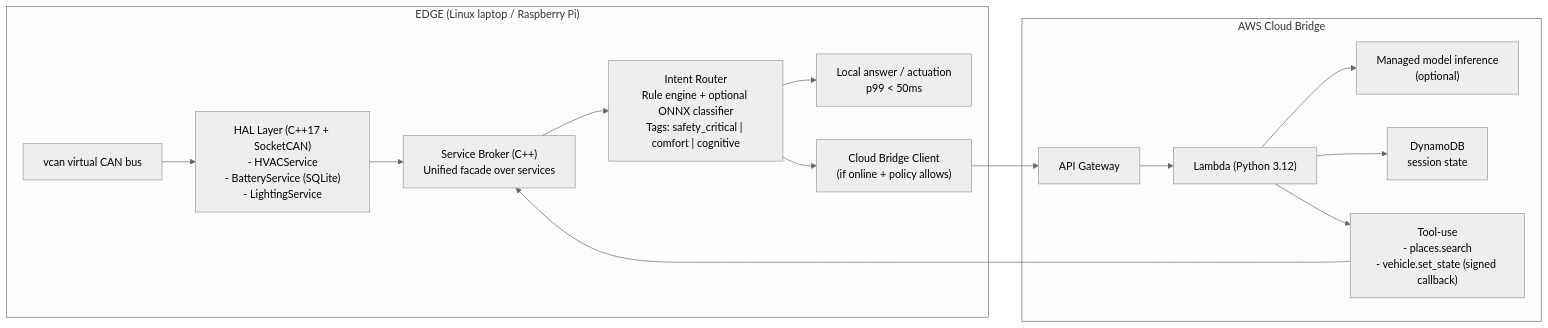
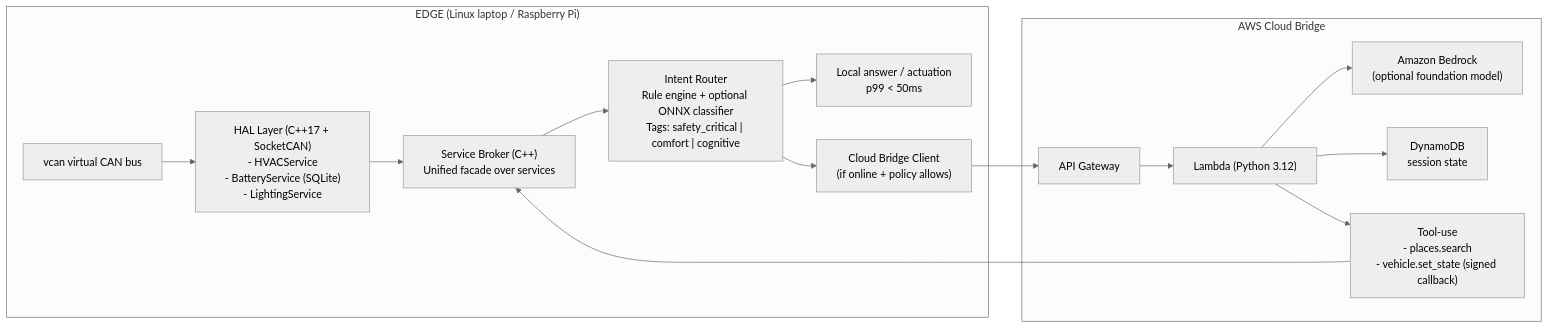
The diagram in README.md (SumedhaUmesh/CabinOS), drawn with Mermaid (neutral theme) before and after one commit. The commit also changed other lines of this file and 2 other files, not shown here.

First line of the commit message:
docs(cloud): document Amazon Bedrock integration

````diff
--- a/README.md
+++ b/README.md
@@ -25,28 +25,28 @@
 ```mermaid
 flowchart LR
   subgraph EDGE["EDGE (Linux laptop / Raspberry Pi)"]
     VCAN["vcan virtual CAN bus"]
     HAL["HAL Layer (C++17 + SocketCAN)\n- HVACService\n- BatteryService (SQLite)\n- LightingService"]
     BROKER["Service Broker (C++)\nUnified facade over services"]
     ROUTER["Intent Router\nRule engine + optional ONNX classifier\nTags: safety_critical | comfort | cognitive"]
 
     VCAN --> HAL --> BROKER --> ROUTER
     ROUTER --> LOCAL["Local answer / actuation\np99 < 50ms"]
     ROUTER --> BRIDGE["Cloud Bridge Client\n(if online + policy allows)"]
   end
 
   subgraph CLOUD["AWS Cloud Bridge"]
     APIGW["API Gateway"]
     LAMBDA["Lambda (Python 3.12)"]
-    MODEL["Managed model inference\n(optional)"]
+    MODEL["Amazon Bedrock\n(optional foundation model)"]
     DDB["DynamoDB\nsession state"]
     TOOLS["Tool-use\n- places.search\n- vehicle.set_state (signed callback)"]
     APIGW --> LAMBDA
     LAMBDA --> DDB
     LAMBDA --> MODEL
     LAMBDA --> TOOLS
   end
 
   BRIDGE --> APIGW
   TOOLS --> BROKER
 ```
````
